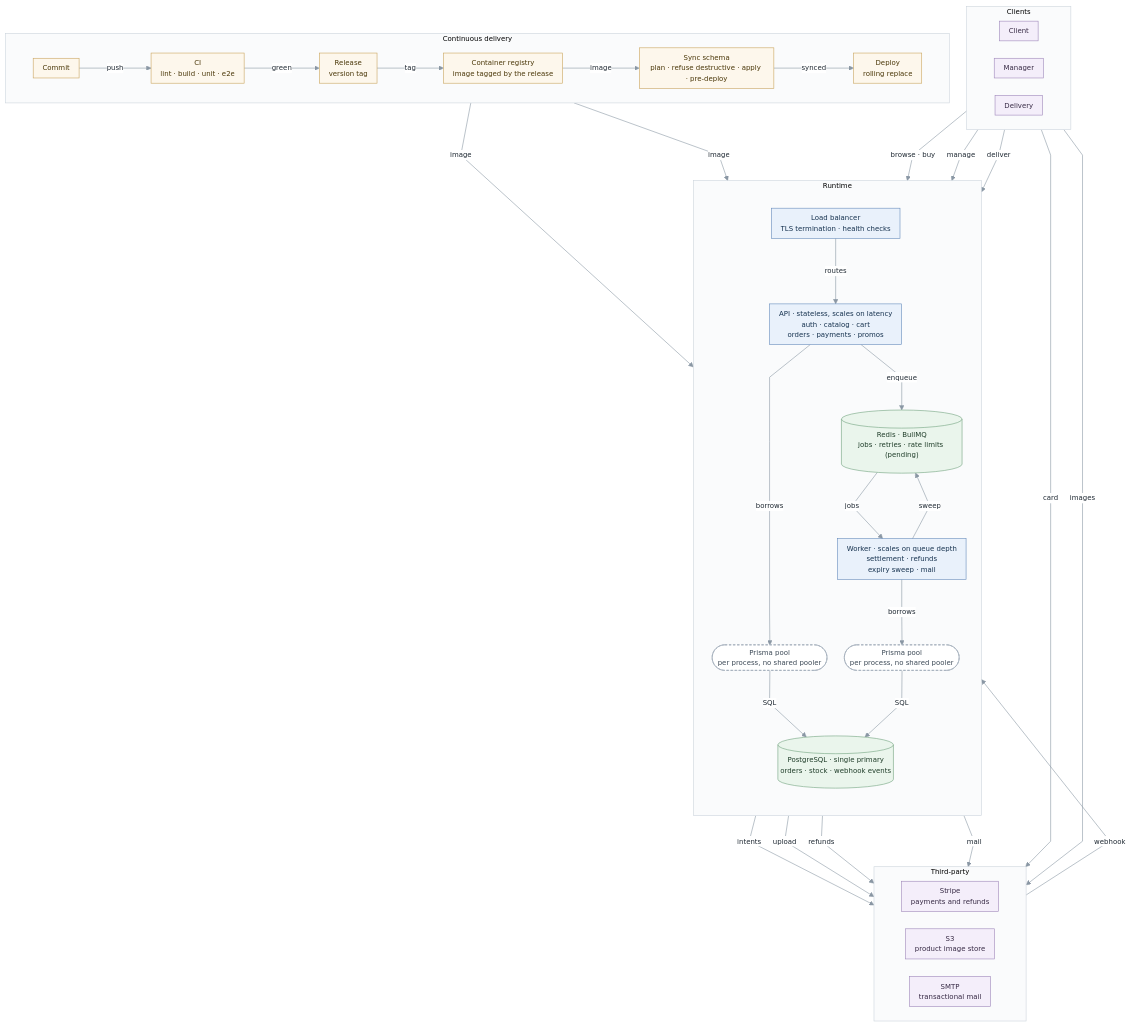
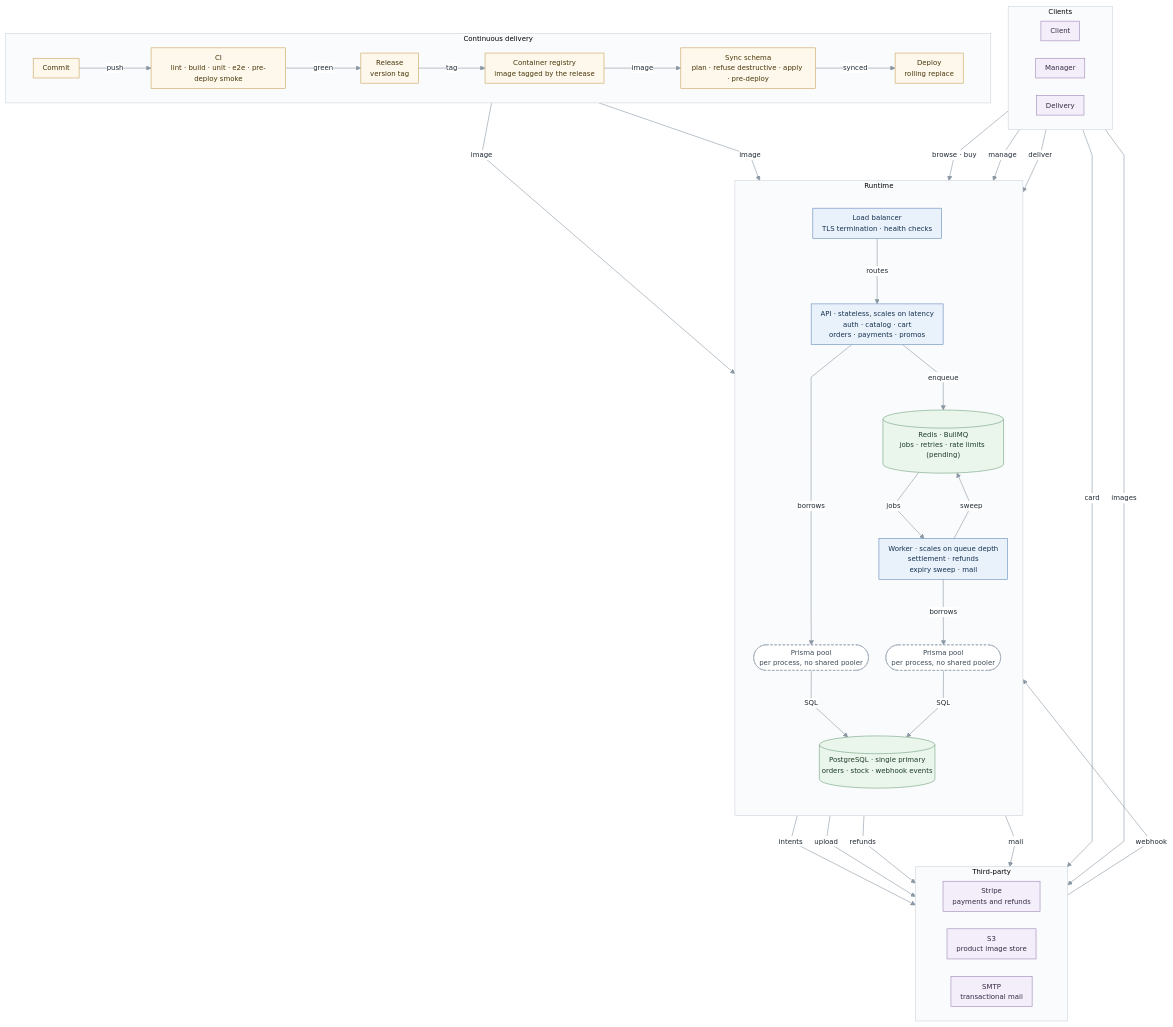
Before and after one commit to fabianespinoza-ravn/tshirt-store-api: the diagram in docs/ARQUITECTURA.md, drawn with Mermaid. The commit also changed other lines of this file and 3 other files, not shown here.

First line of the commit message:
ci: run the compiled pre-deploy step inside the image before a deploy does (#45)

````diff
--- a/docs/ARQUITECTURA.md
+++ b/docs/ARQUITECTURA.md
@@ -3,70 +3,70 @@
 ```mermaid
 %%{init: {"theme":"base","themeVariables":{"fontFamily":"Segoe UI, Helvetica, Arial, sans-serif","fontSize":"12px","lineColor":"#8a97a4","primaryColor":"#eef2f6","primaryTextColor":"#1f2933","primaryBorderColor":"#9aa7b4","clusterBkg":"#fafbfc","clusterBorder":"#ccd4dc","edgeLabelBackground":"#ffffff"},"flowchart":{"curve":"linear","nodeSpacing":30,"rankSpacing":70,"padding":8}}}%%
 flowchart TB
   subgraph USR["Clients"]
     direction LR
     CL["Client"]
     MG["Manager"]
     DL["Delivery"]
   end
 
   subgraph RT["Runtime"]
     direction TB
     LB["Load balancer<br/>TLS termination · health checks"]
     API["API · stateless, scales on latency<br/>auth · catalog · cart<br/>orders · payments · promos"]
     AP(["Prisma pool<br/>per process, no shared pooler"])
     RD[("Redis · BullMQ<br/>jobs · retries · rate limits (pending)")]
     WK["Worker · scales on queue depth<br/>settlement · refunds<br/>expiry sweep · mail"]
     WP(["Prisma pool<br/>per process, no shared pooler"])
     PG[("PostgreSQL · single primary<br/>orders · stock · webhook events")]
 
     LB -->|"routes"| API
     API -->|"borrows"| AP
     API -->|"enqueue"| RD
     RD -->|"jobs"| WK
     WK -->|"sweep"| RD
     WK -->|"borrows"| WP
     AP -->|"SQL"| PG
     WP -->|"SQL"| PG
   end
 
   subgraph EXT["Third-party"]
     direction LR
     ST["Stripe<br/>payments and refunds"]
     S3["S3<br/>product image store"]
     MAIL["SMTP<br/>transactional mail"]
   end
 
   subgraph CD["Continuous delivery"]
     direction LR
-    C["Commit"] -->|"push"| CI["CI<br/>lint · build · unit · e2e"]
+    C["Commit"] -->|"push"| CI["CI<br/>lint · build · unit · e2e · pre-deploy smoke"]
     CI -->|"green"| REL["Release<br/>version tag"]
     REL -->|"tag"| REG["Container registry<br/>image tagged by the release"]
     REG -->|"image"| MIG["Sync schema<br/>plan · refuse destructive · apply · pre-deploy"]
     MIG -->|"synced"| DEP["Deploy<br/>rolling replace"]
   end
 
   CL -->|"browse · buy"| LB
   MG -->|"manage"| LB
   DL -->|"deliver"| LB
   CL -->|"card"| ST
   CL -->|"images"| S3
   ST -->|"webhook"| LB
   API -->|"intents"| ST
   API -->|"upload"| S3
   WK -->|"refunds"| ST
   WK -->|"mail"| MAIL
   DEP -->|"image"| API
   DEP -->|"image"| WK
 
   classDef pipe fill:#fdf7ec,stroke:#c9a35c,color:#4a3708
   classDef proc fill:#e9f1fb,stroke:#6389bb,color:#16324f
   classDef pool fill:#ffffff,stroke:#9aa7b4,stroke-dasharray:4 3,color:#3d4a57
   classDef store fill:#eaf5ec,stroke:#6fa17d,color:#1f3d29
   classDef ext fill:#f4eefa,stroke:#9d86b9,color:#372a45
   class C,CI,REL,REG,MIG,DEP pipe
   class LB,API,WK proc
   class AP,WP pool
   class PG,RD store
   class CL,MG,DL,ST,S3,MAIL ext
 ```
````
